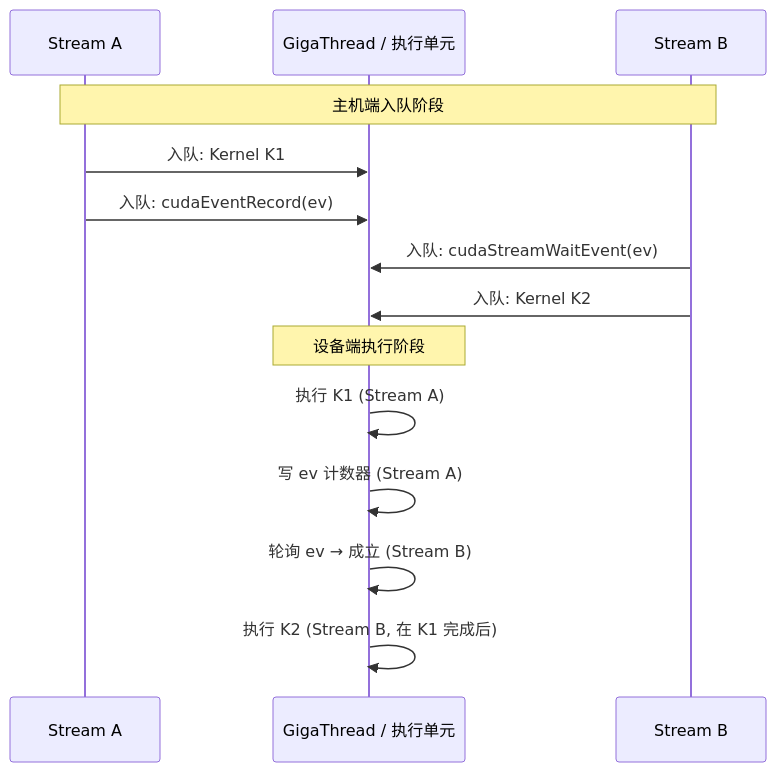
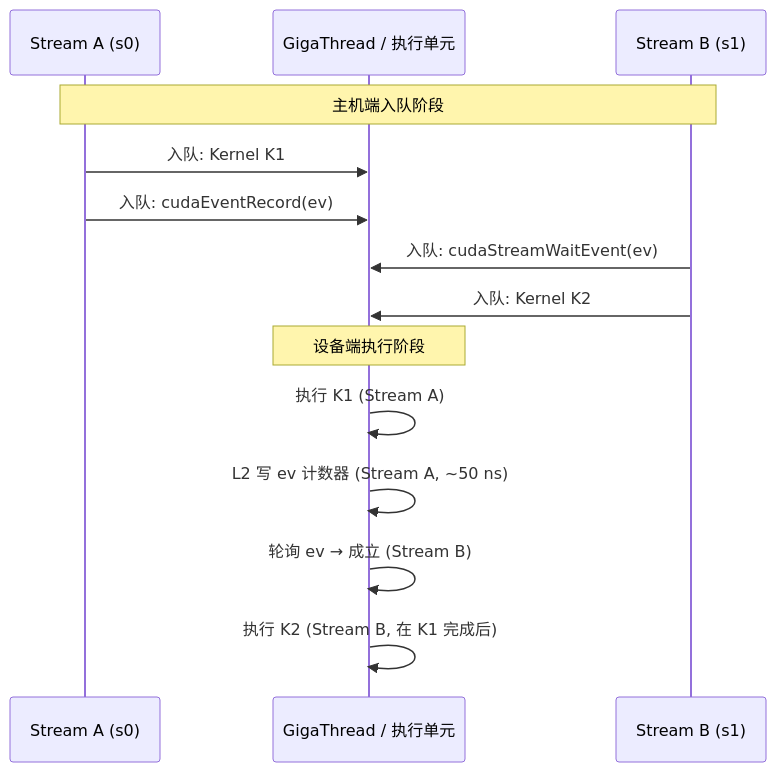
One commit to qxhy123/gpu changed the second of 2 diagrams in docs/cuda-zh/13-streams-and-events.md. Above: the diagram before and after it, drawn with Mermaid. The commit also changed other lines of this file, not shown here.

````diff
--- a/docs/cuda-zh/13-streams-and-events.md
+++ b/docs/cuda-zh/13-streams-and-events.md
@@ -23,18 +102,18 @@
 ```mermaid
 sequenceDiagram
-    participant A as Stream A
+    participant A as Stream A (s0)
     participant HW as GigaThread / 执行单元
-    participant B as Stream B
+    participant B as Stream B (s1)
 
     Note over A,B: 主机端入队阶段
     A->>HW: 入队: Kernel K1
     A->>HW: 入队: cudaEventRecord(ev)
     B->>HW: 入队: cudaStreamWaitEvent(ev)
     B->>HW: 入队: Kernel K2
 
     Note over HW: 设备端执行阶段
     HW->>HW: 执行 K1 (Stream A)
-    HW->>HW: 写 ev 计数器 (Stream A)
+    HW->>HW: L2 写 ev 计数器 (Stream A, ~50 ns)
     HW->>HW: 轮询 ev → 成立 (Stream B)
     HW->>HW: 执行 K2 (Stream B, 在 K1 完成后)
 ```
````
